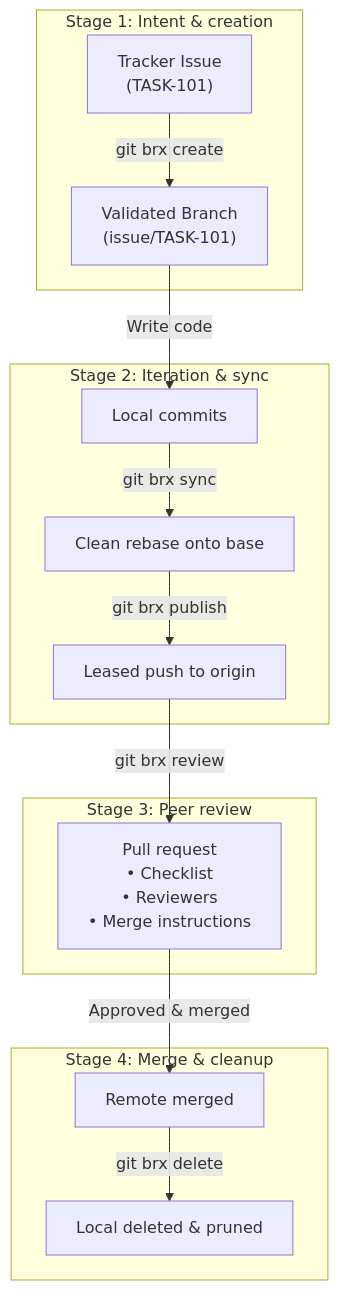
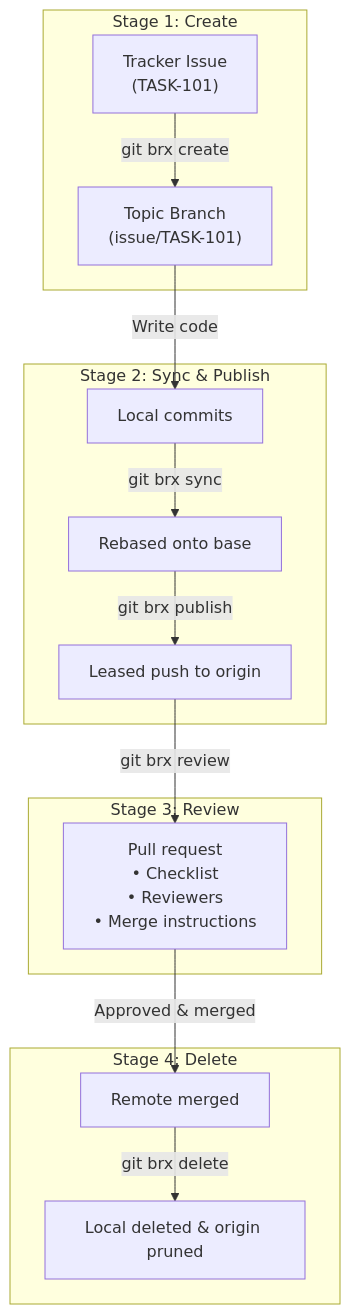
The diagram in docs/user-guide/philosophy.md (bvarnai/git-brx), drawn with Mermaid before and after one commit. The commit also changed other lines of this file and 13 other files, not shown here.

````diff
--- a/docs/user-guide/philosophy.md
+++ b/docs/user-guide/philosophy.md
@@ -76,21 +74,21 @@
 ```mermaid
 flowchart TD
-    subgraph S1 ["Stage 1: Intent & creation"]
-        Issue["Tracker Issue<br/>(TASK-101)"] -->|"git brx create"| TopicBranch["Validated Branch<br/>(issue/TASK-101)"]
+    subgraph S1 ["Stage 1: Create"]
+        Issue["Tracker Issue<br/>(TASK-101)"] -->|"git brx create"| TopicBranch["Topic Branch<br/>(issue/TASK-101)"]
     end
 
-    subgraph S2 ["Stage 2: Iteration & sync"]
+    subgraph S2 ["Stage 2: Sync & Publish"]
         TopicBranch -->|"Write code"| LocalCommits["Local commits"]
-        LocalCommits -->|"git brx sync"| Rebased["Clean rebase onto base"]
+        LocalCommits -->|"git brx sync"| Rebased["Rebased onto base"]
         Rebased -->|"git brx publish"| RemoteBranch["Leased push to origin"]
     end
 
-    subgraph S3 ["Stage 3: Peer review"]
+    subgraph S3 ["Stage 3: Review"]
         RemoteBranch -->|"git brx review"| PullRequest["Pull request<br/>• Checklist<br/>• Reviewers<br/>• Merge instructions"]
     end
 
-    subgraph S4 ["Stage 4: Merge & cleanup"]
+    subgraph S4 ["Stage 4: Delete"]
         PullRequest -->|"Approved & merged"| SCM["Remote merged"]
-        SCM -->|"git brx delete"| Clean["Local deleted & pruned"]
+        SCM -->|"git brx delete"| Clean["Local deleted & origin pruned"]
     end
 ```
````
